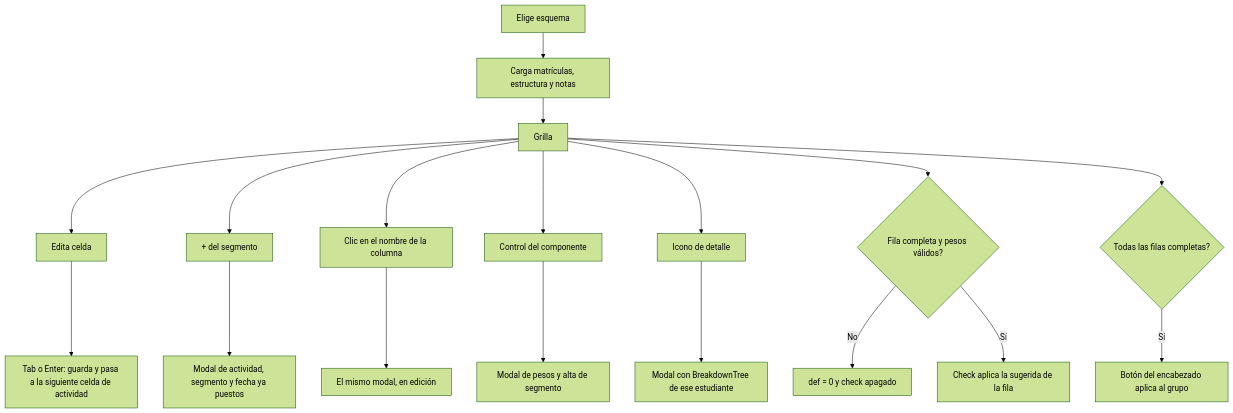
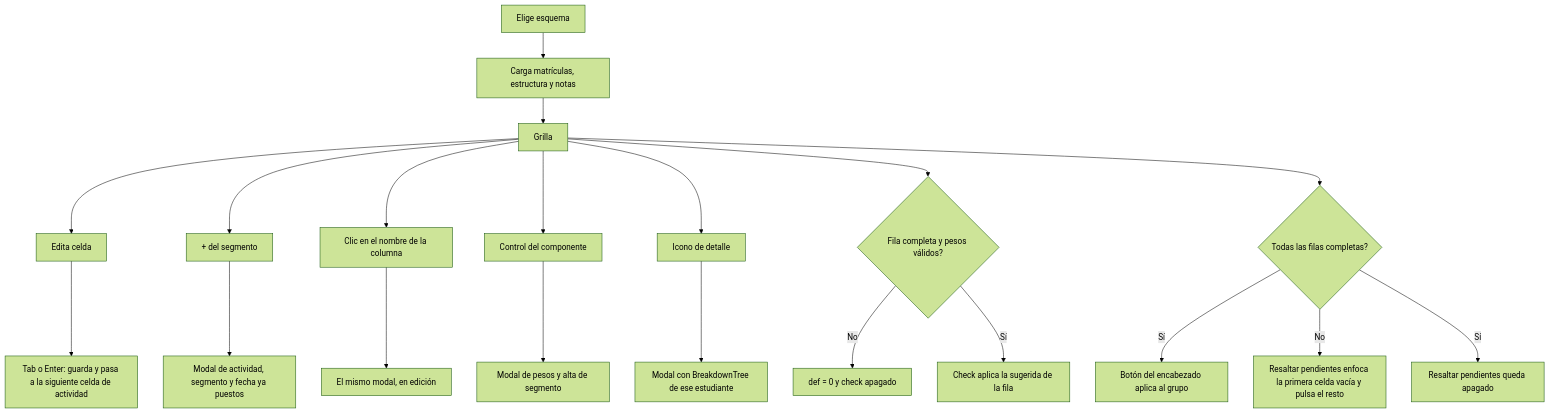
Before and after one commit to chato1337/educalc: the first of 2 diagrams in docs/plan-malla-calificacion-actividades.md, drawn with Mermaid (forest theme). The commit also changed other lines of this file and 2 other files, not shown here.

````diff
--- a/docs/plan-malla-calificacion-actividades.md
+++ b/docs/plan-malla-calificacion-actividades.md
@@ -186,20 +187,22 @@
 ```mermaid
 flowchart TD
     A[Elige esquema] --> B[Carga matrículas, estructura y notas]
     B --> C[Grilla]
     C --> D[Edita celda]
     D --> E[Tab o Enter: guarda y pasa a la siguiente celda de actividad]
     C --> F["+ del segmento"]
     F --> G[Modal de actividad, segmento y fecha ya puestos]
     C --> H[Clic en el nombre de la columna]
     H --> I[El mismo modal, en edición]
     C --> J[Control del componente]
     J --> K[Modal de pesos y alta de segmento]
     C --> L[Icono de detalle]
     L --> M[Modal con BreakdownTree de ese estudiante]
     C --> N{Fila completa y pesos válidos?}
     N -->|No| O["def = 0 y check apagado"]
     N -->|Sí| P[Check aplica la sugerida de la fila]
     C --> Q{Todas las filas completas?}
     Q -->|Sí| R[Botón del encabezado aplica al grupo]
+    Q -->|No| S[Resaltar pendientes enfoca la primera celda vacía y pulsa el resto]
+    Q -->|Sí| T[Resaltar pendientes queda apagado]
 ```
````
